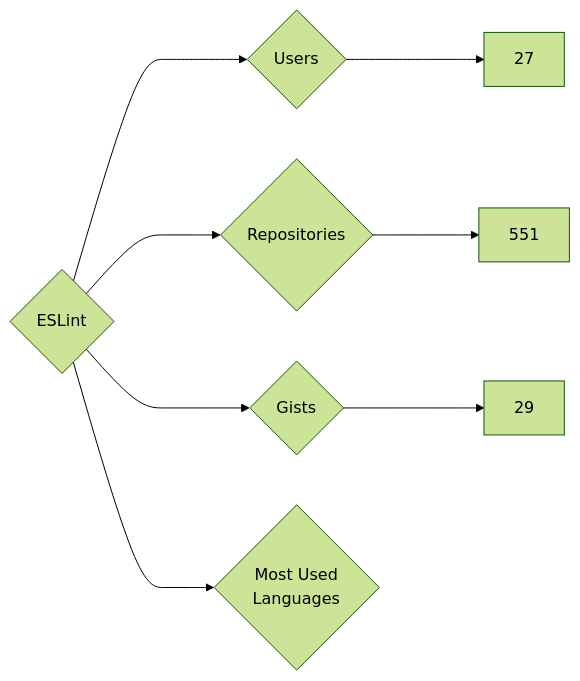
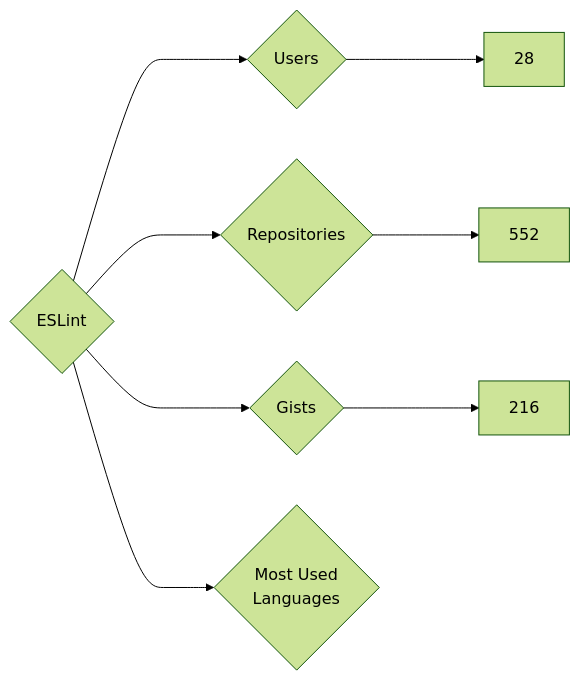
The diagram in targets/ESLint/README.md (nenadzaric/insiders), drawn with Mermaid (forest theme) before and after one commit. The commit also changed 1342 other files, not shown here.

````diff
--- a/targets/ESLint/README.md
+++ b/targets/ESLint/README.md
@@ -3,8 +3,8 @@
 ```mermaid
 graph LR
 COMPANY_NAME{ESLint}
-COMPANY_NAME ---> U{Users} ---> UN[27]
-COMPANY_NAME ---> R{Repositories} ---> RN[551]
-COMPANY_NAME ---> G{Gists} ---> GN[29]
+COMPANY_NAME ---> U{Users} ---> UN[28]
+COMPANY_NAME ---> R{Repositories} ---> RN[552]
+COMPANY_NAME ---> G{Gists} ---> GN[216]
 COMPANY_NAME ---> ML{Most Used<br>Languages}
 ```
````
